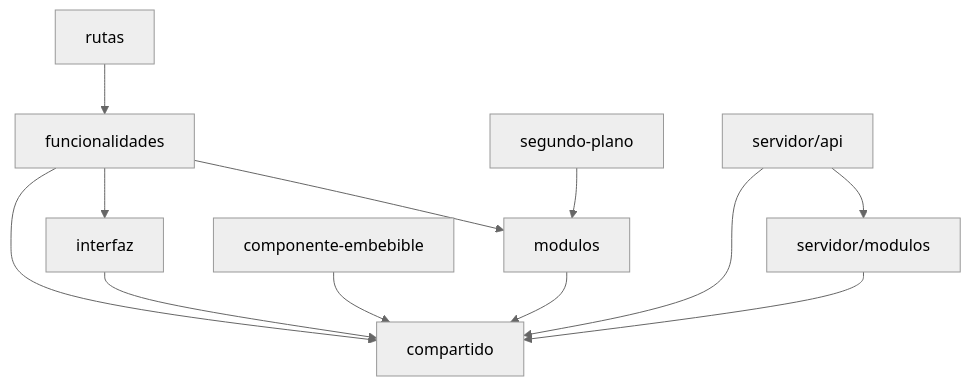
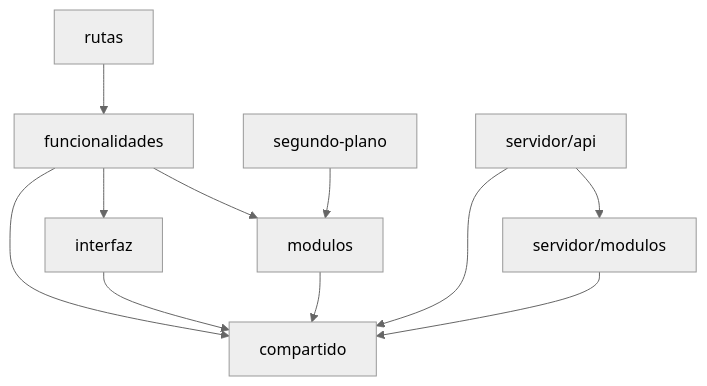
Before and after one commit to Vanessaalberti/nativox-app: the first of 2 diagrams in documentacion/arquitectura.md, drawn with Mermaid (neutral theme). The commit also changed other lines of this file and 30 other files, not shown here.

````diff
--- a/documentacion/arquitectura.md
+++ b/documentacion/arquitectura.md
@@ -14,14 +14,13 @@
 ```mermaid
 flowchart TD
   rutas --> funcionalidades
   funcionalidades --> modulos
   funcionalidades --> interfaz
   funcionalidades --> compartido
   modulos --> compartido
   interfaz --> compartido
-  embebible[componente-embebible] --> compartido
   segundo_plano[segundo-plano] --> modulos
   api[servidor/api] --> modulos_servidor[servidor/modulos]
   api --> compartido
   modulos_servidor --> compartido
 ```
````
